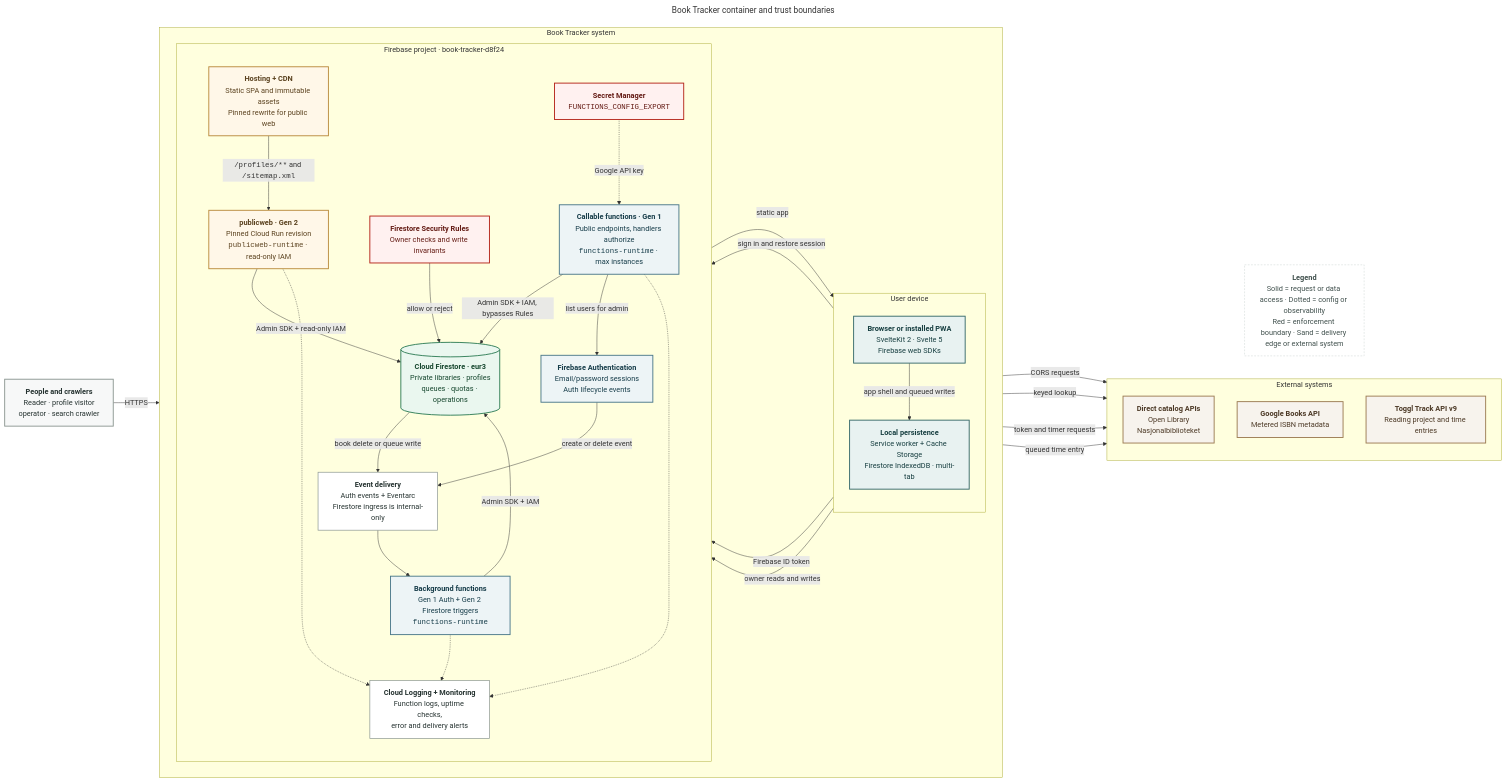
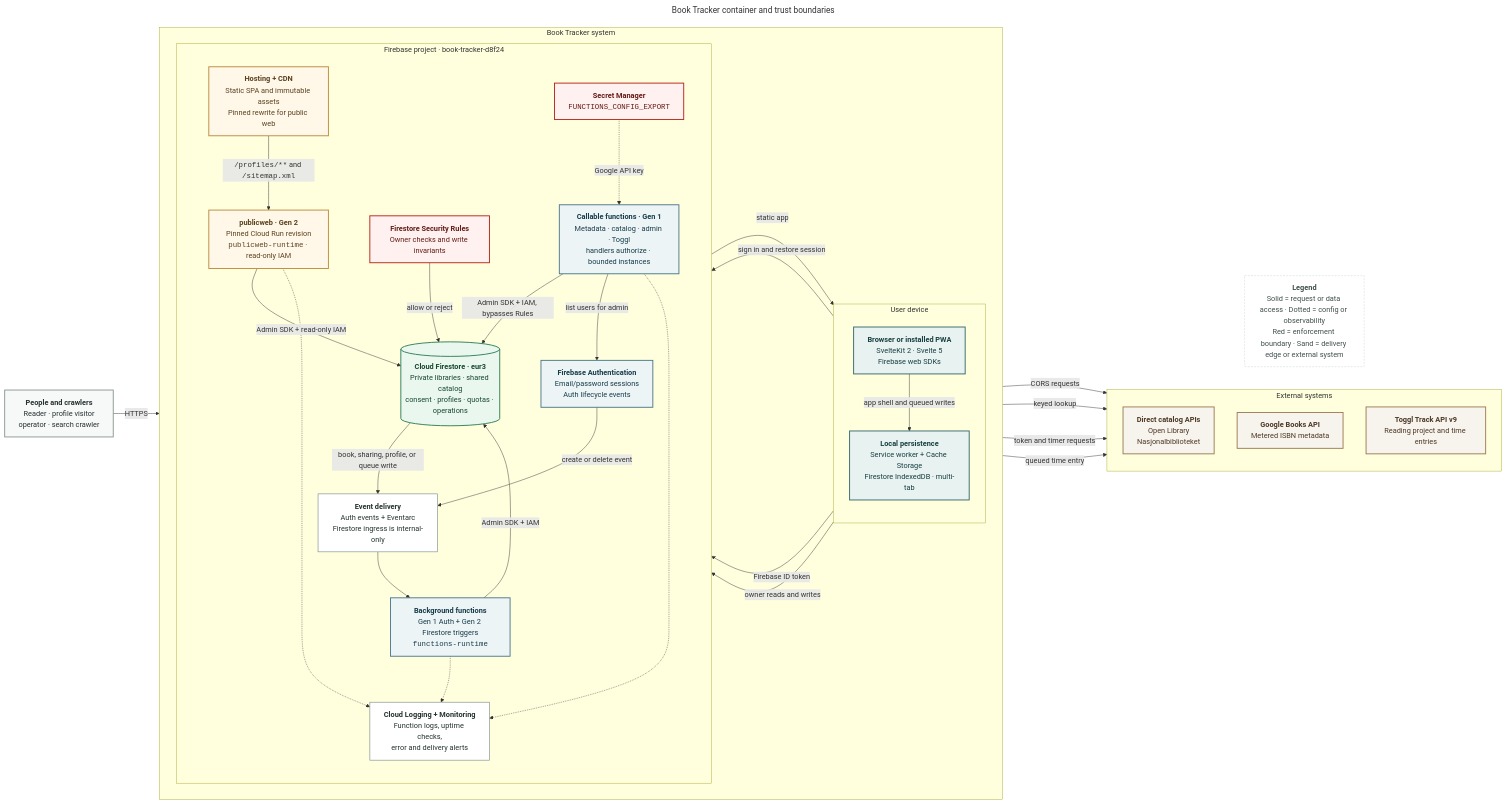
Before and after one commit to ankile/book-tracker: the diagram in docs/architecture/app-architecture.mmd, drawn with Mermaid. The commit also changed 75 other files, not shown here.

```diff
--- a/docs/architecture/app-architecture.mmd
+++ b/docs/architecture/app-architecture.mmd
@@ -1,80 +1,80 @@
 ---
 title: Book Tracker container and trust boundaries
 ---
 flowchart LR
   accTitle: Book Tracker container and trust boundaries
-  accDescr: The browser and Firebase Hosting form the delivery edge. Browser Firestore access is checked by Security Rules. Cloud Functions use Admin SDK access governed by two IAM service accounts. Direct catalog requests stay in the browser, while Google Books and Toggl requests run through Cloud Functions.
+  accDescr: The browser and Firebase Hosting form the delivery edge. Browser Firestore access is checked by Security Rules. Shared-catalog search, reader summaries, and administration use authorized Cloud Functions with Admin SDK access. External metadata and Toggl requests use their existing direct or mediated paths.
 
   classDef person fill:#f7f8f8,stroke:#8b9691,color:#263331,stroke-width:2px;
   classDef client fill:#e8f2f1,stroke:#35686a,color:#173f41,stroke-width:2px;
   classDef edge fill:#fff7e8,stroke:#b98a3c,color:#5b421f,stroke-width:2px;
   classDef firebase fill:#edf4f6,stroke:#497789,color:#173d4a,stroke-width:2px;
   classDef data fill:#eaf7ef,stroke:#2e7d55,color:#17482f,stroke-width:2px;
   classDef external fill:#f7f3ed,stroke:#9b7b52,color:#4c3926,stroke-width:2px;
   classDef security fill:#fff1f0,stroke:#b42318,color:#651c15,stroke-width:2px;
   classDef neutral fill:#ffffff,stroke:#8b9691,color:#263331,stroke-width:1.5px;
   classDef legend fill:#ffffff,stroke:#c9d1cf,color:#40504d,stroke-width:1px,stroke-dasharray:4 3;
 
   people["<b>People and crawlers</b><br/>Reader · profile visitor<br/>operator · search crawler"]:::person
 
   subgraph booktracker[Book Tracker system]
     direction LR
 
     subgraph device[User device]
       direction TB
       browser["<b>Browser or installed PWA</b><br/>SvelteKit 2 · Svelte 5<br/>Firebase web SDKs"]:::client
       local["<b>Local persistence</b><br/>Service worker + Cache Storage<br/>Firestore IndexedDB · multi-tab"]:::client
       browser -->|"app shell and queued writes"| local
     end
 
     subgraph firebase[Firebase project · book-tracker-d8f24]
       direction TB
       hosting["<b>Hosting + CDN</b><br/>Static SPA and immutable assets<br/>Pinned rewrite for public web"]:::edge
       auth["<b>Firebase Authentication</b><br/>Email/password sessions<br/>Auth lifecycle events"]:::firebase
       rules["<b>Firestore Security Rules</b><br/>Owner checks and write invariants"]:::security
-      firestore[("<b>Cloud Firestore · eur3</b><br/>Private libraries · profiles<br/>queues · quotas · operations")]:::data
+      firestore[("<b>Cloud Firestore · eur3</b><br/>Private libraries · shared catalog<br/>consent · profiles · quotas · operations")]:::data
       publicweb["<b>publicweb · Gen 2</b><br/>Pinned Cloud Run revision<br/><code>publicweb-runtime</code> · read-only IAM"]:::edge
-      callables["<b>Callable functions · Gen 1</b><br/>Public endpoints, handlers authorize<br/><code>functions-runtime</code> · max instances"]:::firebase
+      callables["<b>Callable functions · Gen 1</b><br/>Metadata · catalog · admin · Toggl<br/>handlers authorize · bounded instances"]:::firebase
       eventarc["<b>Event delivery</b><br/>Auth events + Eventarc<br/>Firestore ingress is internal-only"]:::neutral
       background["<b>Background functions</b><br/>Gen 1 Auth + Gen 2 Firestore triggers<br/><code>functions-runtime</code>"]:::firebase
       secrets["<b>Secret Manager</b><br/><code>FUNCTIONS_CONFIG_EXPORT</code>"]:::security
       logs["<b>Cloud Logging + Monitoring</b><br/>Function logs, uptime checks,<br/>error and delivery alerts"]:::neutral
     end
   end
 
   subgraph providers[External systems]
     direction TB
     directCatalogs["<b>Direct catalog APIs</b><br/>Open Library<br/>Nasjonalbiblioteket"]:::external
     google["<b>Google Books API</b><br/>Metered ISBN metadata"]:::external
     toggl["<b>Toggl Track API v9</b><br/>Reading project and time entries"]:::external
   end
 
   people -->|"HTTPS"| hosting
   hosting -->|"static app"| browser
   hosting -->|"<code>/profiles/**</code> and <code>/sitemap.xml</code>"| publicweb
 
   browser -->|"sign in and restore session"| auth
   browser -->|"Firebase ID token"| callables
   browser -->|"owner reads and writes"| rules
   rules -->|"allow or reject"| firestore
   browser -->|"CORS requests"| directCatalogs
 
   publicweb -->|"Admin SDK + read-only IAM"| firestore
   callables -->|"Admin SDK + IAM, bypasses Rules"| firestore
   callables -->|"list users for admin"| auth
   secrets -. "Google API key" .-> callables
   callables -->|"keyed lookup"| google
   callables -->|"token and timer requests"| toggl
 
   auth -->|"create or delete event"| eventarc
-  firestore -->|"book delete or queue write"| eventarc
+  firestore -->|"book, sharing, profile, or queue write"| eventarc
   eventarc --> background
   background -->|"Admin SDK + IAM"| firestore
   background -->|"queued time entry"| toggl
 
   publicweb -.-> logs
   callables -.-> logs
   background -.-> logs
 
   legend["<b>Legend</b><br/>Solid = request or data access · Dotted = config or observability<br/>Red = enforcement boundary · Sand = delivery edge or external system"]:::legend
   logs ~~~ legend
```
